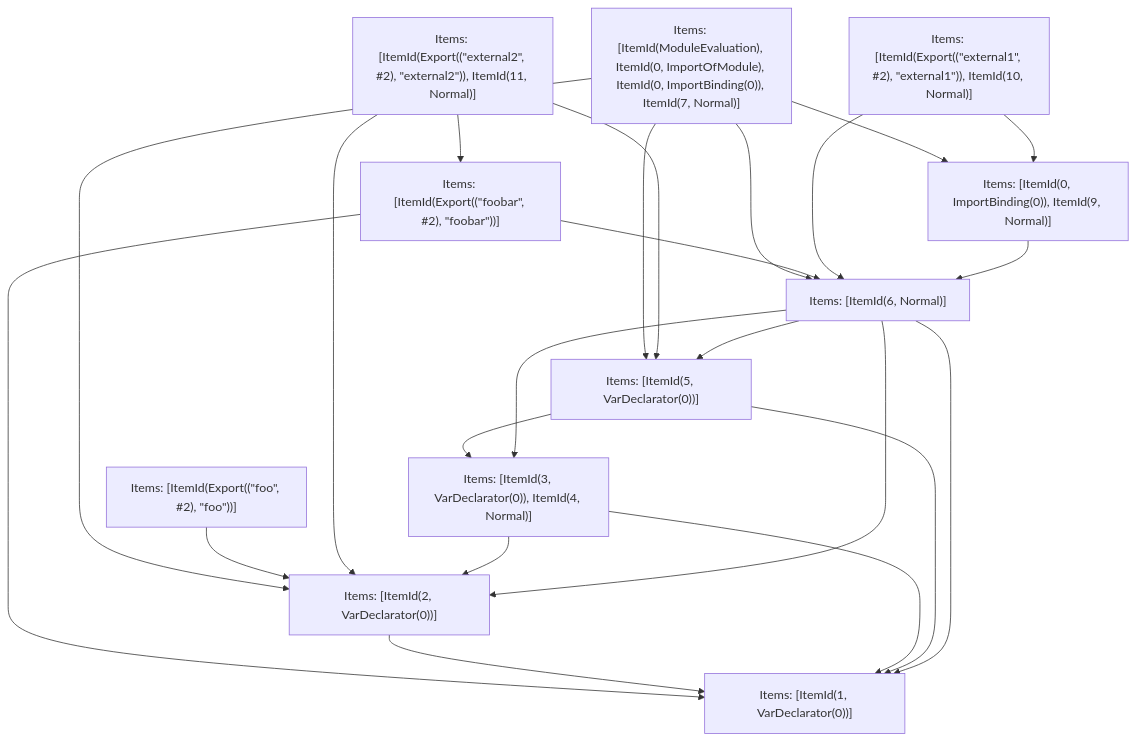
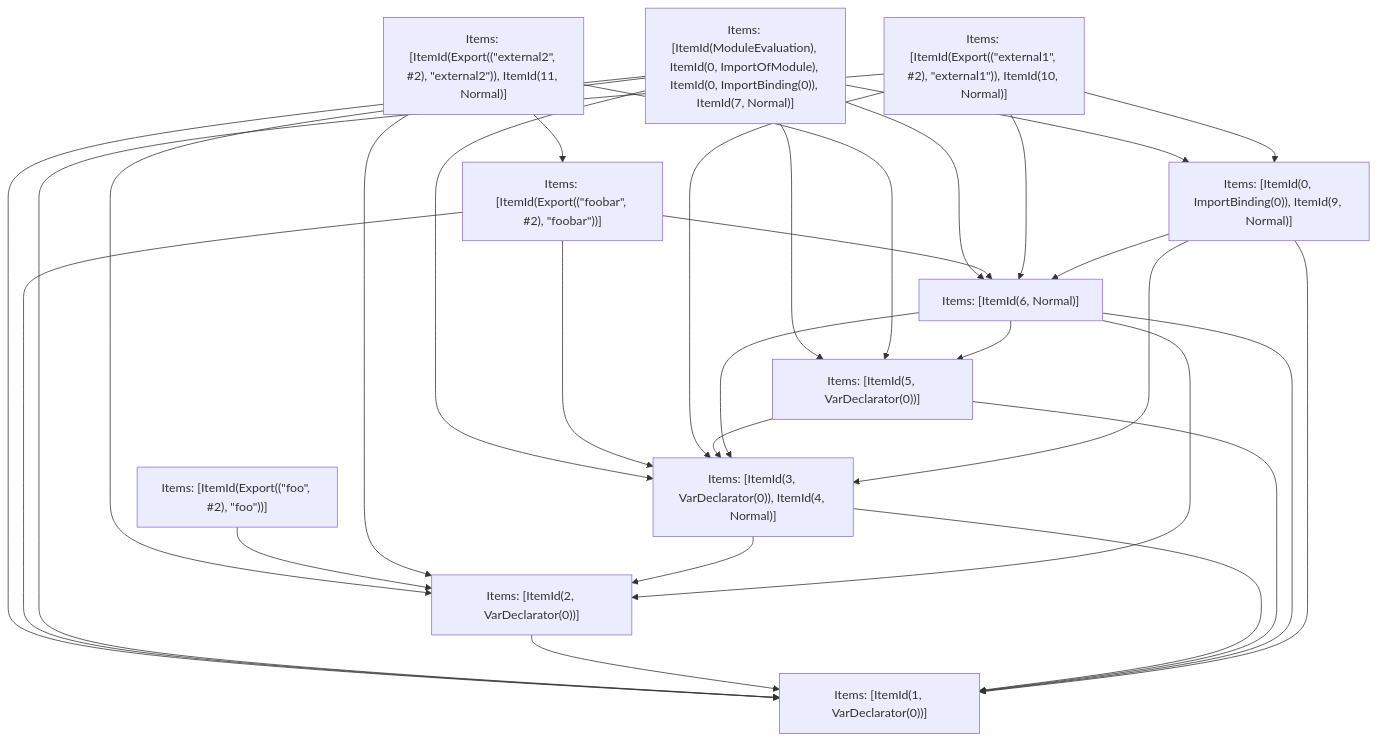
The fifth of 5 diagrams in crates/turbopack-ecmascript/tests/tree-shaker/analyzer/1/output.md (vercel/turborepo), drawn with Mermaid before and after one commit. The commit also changed other lines of this file and 9 other files, not shown here.

````diff
--- a/crates/turbopack-ecmascript/tests/tree-shaker/analyzer/1/output.md
+++ b/crates/turbopack-ecmascript/tests/tree-shaker/analyzer/1/output.md
@@ -343,36 +360,43 @@
 ```mermaid
 graph TD
     N0["Items: [ItemId(ModuleEvaluation), ItemId(0, ImportOfModule), ItemId(0, ImportBinding(0)), ItemId(7, Normal)]"];
     N1["Items: [ItemId(Export((&quot;foobar&quot;, #2), &quot;foobar&quot;))]"];
     N2["Items: [ItemId(Export((&quot;foo&quot;, #2), &quot;foo&quot;))]"];
     N3["Items: [ItemId(Export((&quot;external1&quot;, #2), &quot;external1&quot;)), ItemId(10, Normal)]"];
     N4["Items: [ItemId(Export((&quot;external2&quot;, #2), &quot;external2&quot;)), ItemId(11, Normal)]"];
     N5["Items: [ItemId(1, VarDeclarator(0))]"];
     N6["Items: [ItemId(2, VarDeclarator(0))]"];
     N7["Items: [ItemId(3, VarDeclarator(0)), ItemId(4, Normal)]"];
     N8["Items: [ItemId(5, VarDeclarator(0))]"];
     N9["Items: [ItemId(6, Normal)]"];
     N10["Items: [ItemId(0, ImportBinding(0)), ItemId(9, Normal)]"];
     N0 --> N8;
     N0 --> N10;
+    N0 --> N5;
+    N0 --> N7;
     N0 --> N9;
     N0 --> N6;
+    N1 --> N5;
+    N1 --> N7;
     N1 --> N9;
-    N1 --> N5;
     N2 --> N6;
     N3 --> N10;
+    N3 --> N5;
+    N3 --> N7;
     N3 --> N9;
     N4 --> N6;
     N4 --> N8;
     N4 --> N1;
     N6 --> N5;
     N7 --> N5;
     N7 --> N6;
+    N8 --> N5;
     N8 --> N7;
-    N8 --> N5;
+    N9 --> N5;
     N9 --> N7;
-    N9 --> N5;
     N9 --> N6;
     N9 --> N8;
+    N10 --> N5;
+    N10 --> N7;
     N10 --> N9;
 ```
````
